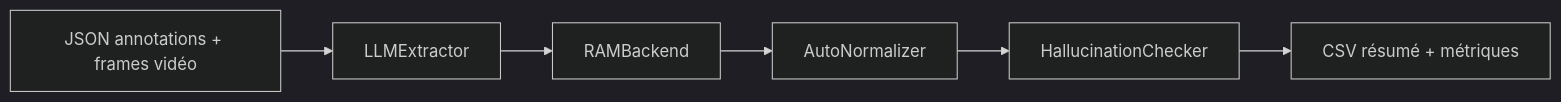
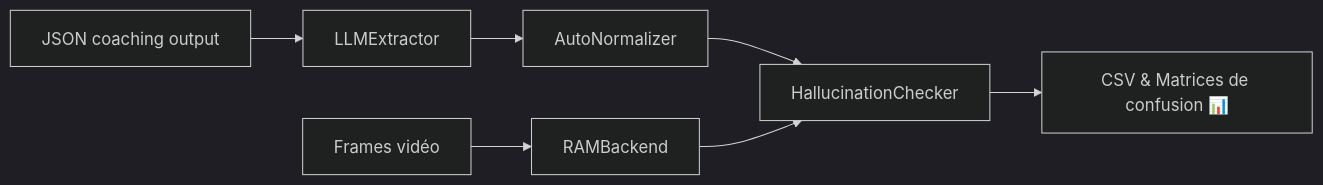
One commit to soley000/omr-portfolio changed the diagram in Vision_LLM/README.md. Above: the diagram before and after it, drawn with Mermaid (dark theme). The commit also changed other lines of this file, not shown here.

`````diff
--- a/Vision_LLM/README.md
+++ b/Vision_LLM/README.md
@@ -19,8 +20,9 @@
 ```mermaid
-graph LR
-A[JSON annotations + frames vidéo] --> B[LLMExtractor]
-B --> C[RAMBackend]
-C --> D[AutoNormalizer]
-D --> E[HallucinationChecker]
-E --> F[CSV résumé + métriques]
+flowchart LR
+A[JSON coaching output] --> B[LLMExtractor]
+B --> C[AutoNormalizer]
+D[Frames vidéo] --> E[RAMBackend]
+C --> F[HallucinationChecker]
+E --> F
+F --> G[CSV & Matrices de confusion 📊]
 ````
`````
